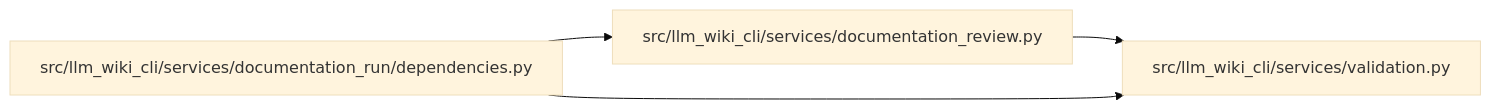
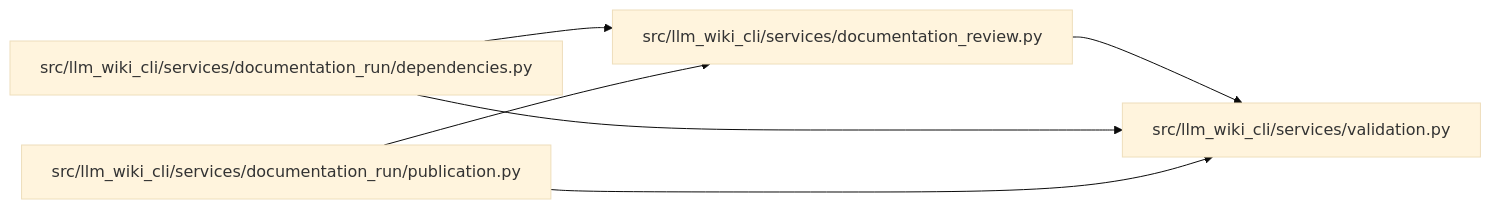
The diagram in docs/llm_wiki/modules/documentation_review.md (Denissvgn/python-wiki-llm), drawn with Mermaid (base theme) before and after one commit. The commit also changed other lines of this file and 375 other files, not shown here.

Commit message:
feat: propose independently reviewed patches for mapped wiki documentation

````diff
--- a/docs/llm_wiki/modules/documentation_review.md
+++ b/docs/llm_wiki/modules/documentation_review.md
@@ -34,12 +34,16 @@
 ```mermaid
 flowchart LR
     n0["src/llm_wiki_cli/services/documentation_review.py"]
     n1["src/llm_wiki_cli/services/documentation_run/dependencies.py"]
-    n2["src/llm_wiki_cli/services/validation.py"]
-    n0 --> n2
+    n2["src/llm_wiki_cli/services/documentation_run/publication.py"]
+    n3["src/llm_wiki_cli/services/validation.py"]
+    n0 --> n3
     n1 --> n0
-    n1 --> n2
+    n1 --> n3
+    n2 --> n0
+    n2 --> n3
     click n0 "../modules/documentation_review.md"
     click n1 "../modules/documentation_run_dependencies.md"
-    click n2 "../modules/validation.md"
+    click n2 "../modules/publication.md"
+    click n3 "../modules/validation.md"
 ```
````
